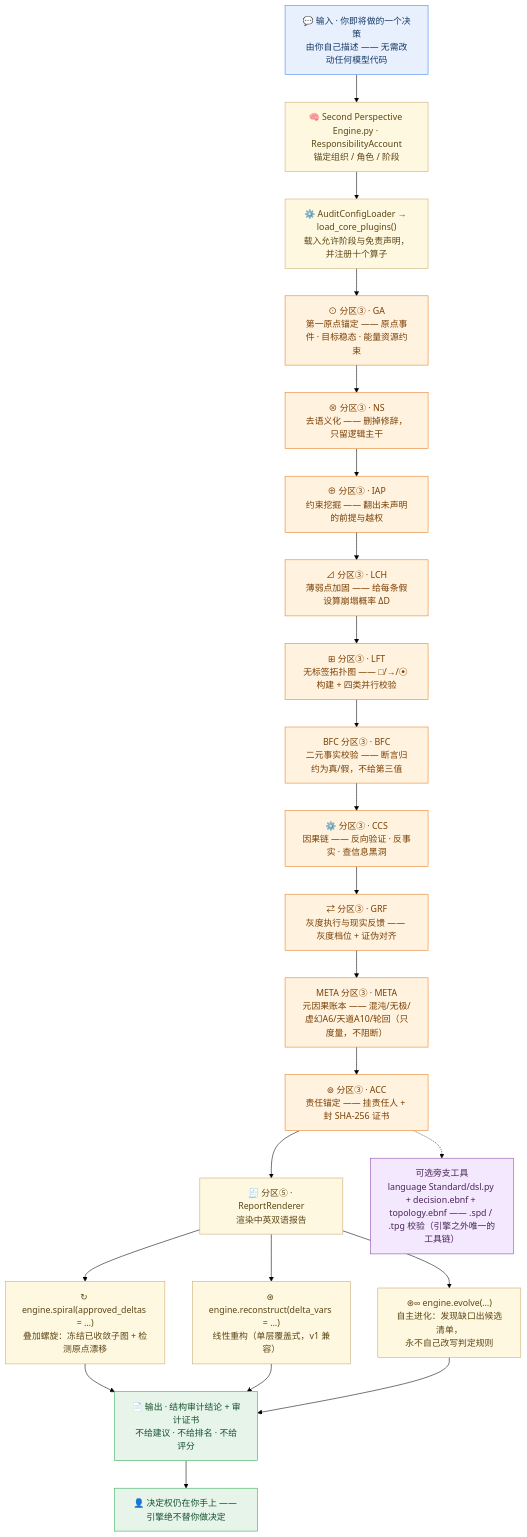
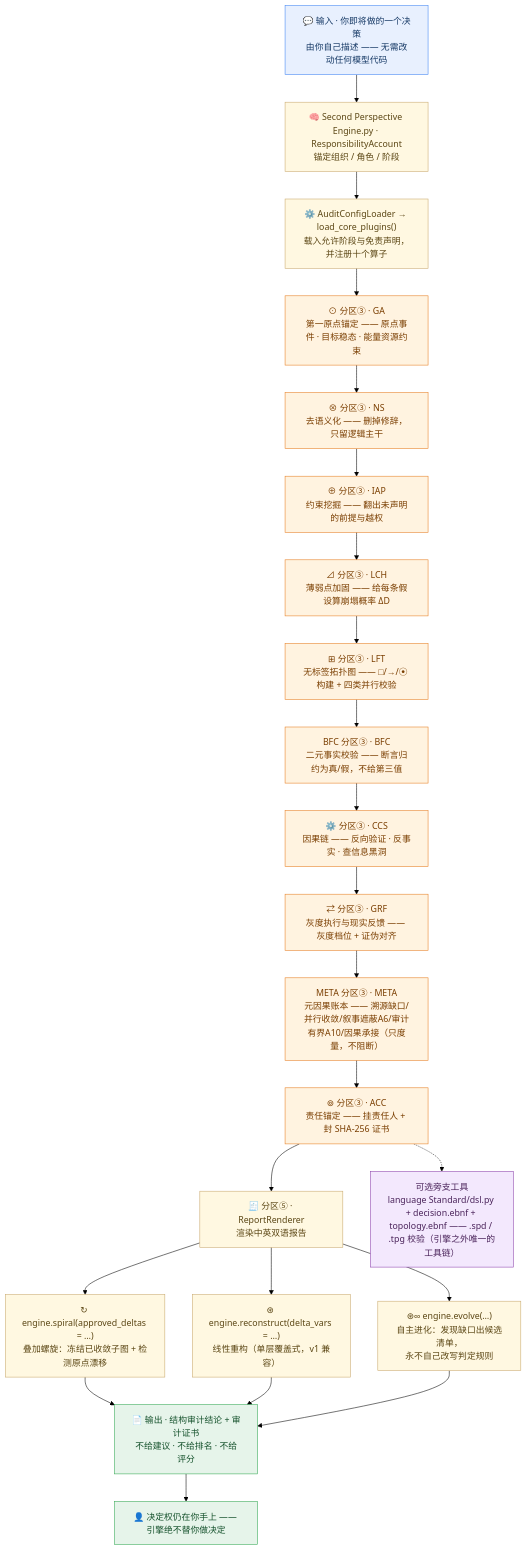
The diagram in README-zh.md (NOHN-AI/second-perspective), drawn with Mermaid (forest theme) before and after one commit. The commit also changed other lines of this file and 11 other files, not shown here.

````diff
--- a/README-zh.md
+++ b/README-zh.md
@@ -48,61 +48,61 @@
 ```mermaid
 flowchart TB
     IN["💬 输入 · 你即将做的一个决策<br/>由你自己描述 —— 无需改动任何模型代码"]
 
     E1["🧠 Second Perspective Engine.py · ResponsibilityAccount<br/>锚定组织 / 角色 / 阶段"]
     E2["⚙️ AuditConfigLoader → load_core_plugins()<br/>载入允许阶段与免责声明，<br/>并注册十个算子"]
 
     A0["⊙ 分区③ · GA<br/>第一原点锚定 —— 原点事件 · 目标稳态 · 能量资源约束"]
     A1["⊗ 分区③ · NS<br/>去语义化 —— 删掉修辞，只留逻辑主干"]
     A2["⊕ 分区③ · IAP<br/>约束挖掘 —— 翻出未声明的前提与越权"]
     A3["⊿ 分区③ · LCH<br/>薄弱点加固 —— 给每条假设算崩塌概率 ΔD"]
     A6["⊞ 分区③ · LFT<br/>无标签拓扑图 —— □/→/⦿ 构建 + 四类并行校验"]
     A8["BFC 分区③ · BFC<br/>二元事实校验 —— 断言归约为真/假，不给第三值"]
     A4["⚙️ 分区③ · CCS<br/>因果链 —— 反向验证 · 反事实 · 查信息黑洞"]
     A7["⇄ 分区③ · GRF<br/>灰度执行与现实反馈 —— 灰度档位 + 证伪对齐"]
-    A9["META 分区③ · META<br/>元因果账本 —— 混沌/无极/虚幻A6/天道A10/轮回（只度量，不阻断）"]
+    A9["META 分区③ · META<br/>元因果账本 —— 溯源缺口/并行收敛/叙事遮蔽A6/审计有界A10/因果承接（只度量，不阻断）"]
     A5["⊚ 分区③ · ACC<br/>责任锚定 —— 挂责任人 + 封 SHA-256 证书"]
 
     R["🧾 分区⑤ · ReportRenderer<br/>渲染中英双语报告"]
     RC["↻ engine.spiral(approved_deltas = …)<br/>叠加螺旋：冻结已收敛子图 + 检测原点漂移"]
     RC2["⊛ engine.reconstruct(delta_vars = …)<br/>线性重构（单层覆盖式，v1 兼容）"]
     RC3["⊛∞ engine.evolve(…)<br/>自主进化：发现缺口出候选清单，<br/>永不自己改写判定规则"]
 
     SIDE["可选旁支工具<br/>language Standard/dsl.py + decision.ebnf + topology.ebnf —— .spd / .tpg 校验（引擎之外唯一的工具链）"]
 
     OUT["📄 输出 · 结构审计结论 + 审计证书<br/>不给建议 · 不给排名 · 不给评分"]
     HUMAN["👤 决定权仍在你手上 —— 引擎绝不替你做决定"]
 
     IN --> E1
     E1 --> E2
     E2 --> A0
     A0 --> A1
     A1 --> A2
     A2 --> A3
     A3 --> A6
     A6 --> A8
     A8 --> A4
     A4 --> A7
     A7 --> A9
     A9 --> A5
     A5 --> R
     R --> RC
     R --> RC2
     R --> RC3
     RC --> OUT
     RC2 --> OUT
     RC3 --> OUT
     OUT --> HUMAN
     A5 -.-> SIDE
 
     classDef cIn fill:#E8F0FE,stroke:#4285F4,stroke-width:1px,color:#173A66
     classDef cEng fill:#FFF8E1,stroke:#C9A96E,stroke-width:1px,color:#5B4614
     classDef cOp fill:#FFF3E0,stroke:#E67E22,stroke-width:1px,color:#7A3E00
     classDef cSide fill:#F3E8FD,stroke:#8E44AD,stroke-width:1px,color:#4A235A
     classDef cOut fill:#E6F4EA,stroke:#34A853,stroke-width:1px,color:#14512B
     class IN cIn
     class E1,E2,R,RC,RC2,RC3 cEng
     class A0,A1,A2,A3,A4,A5,A6,A7,A8,A9 cOp
     class SIDE cSide
     class OUT,HUMAN cOut
 ```
````
